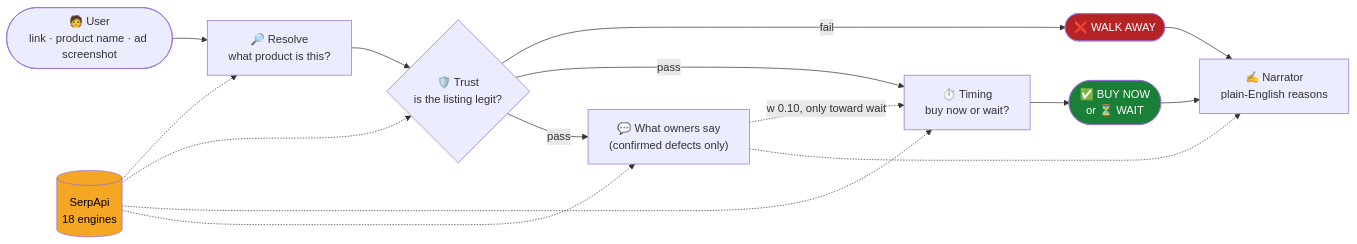
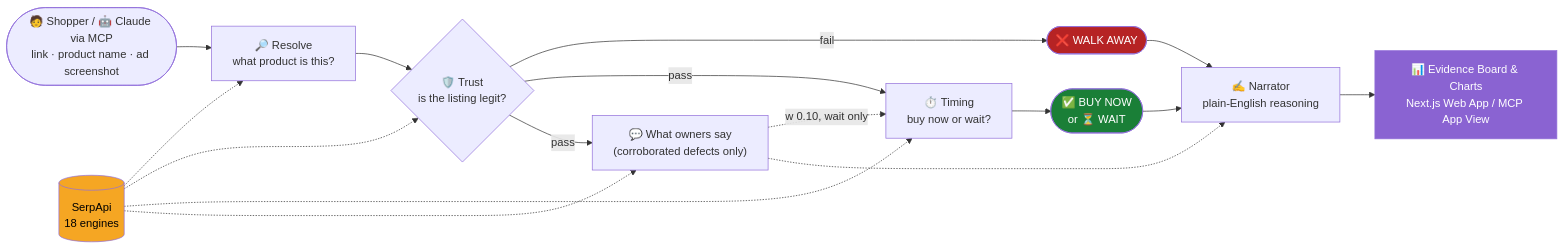
The first of 6 diagrams in README.md (YashIIT0909/Clarity), drawn with Mermaid before and after one commit. The commit also changed other lines of this file, not shown here.

Commit message:
docs: update README with MCP support, multi-market details, and updated architecture descriptions

````diff
--- a/README.md
+++ b/README.md
@@ -79,20 +73,22 @@
 ```mermaid
 flowchart LR
-    U(["🧑 User<br/>link · product name · ad screenshot"]) --> R["🔎 Resolve<br/>what product is this?"]
+    U(["🧑 Shopper / 🤖 Claude via MCP<br/>link · product name · ad screenshot"]) --> R["🔎 Resolve<br/>what product is this?"]
     R --> T{"🛡️ Trust<br/>is the listing legit?"}
     T -- "fail" --> W(["❌ WALK AWAY"])
     T -- "pass" --> M["⏱️ Timing<br/>buy now or wait?"]
     M --> V(["✅ BUY NOW<br/>or ⏳ WAIT"])
-    T -- "pass" --> O["💬 What owners say<br/>(confirmed defects only)"]
-    O -.->|"w 0.10, only toward wait"| M
+    T -- "pass" --> O["💬 What owners say<br/>(corroborated defects only)"]
+    O -.->|"w 0.10, wait only"| M
     O -.-> N
-    W --> N["✍️ Narrator<br/>plain-English reasons"]
+    W --> N["✍️ Narrator<br/>plain-English reasoning"]
     V --> N
+    N --> UI["📊 Evidence Board & Charts<br/>Next.js Web App / MCP App View"]
 
     S[("SerpApi<br/>18 engines")]
     S -.-> R & T & M & O
 
     style S fill:#f5a623,color:#000
     style W fill:#b62324,color:#fff
     style V fill:#1a7f37,color:#fff
+    style UI fill:#8a63d2,color:#fff
 ```
````
